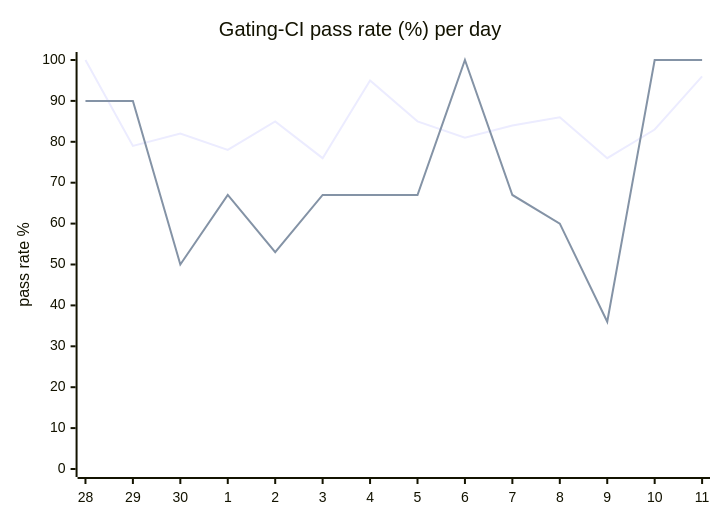
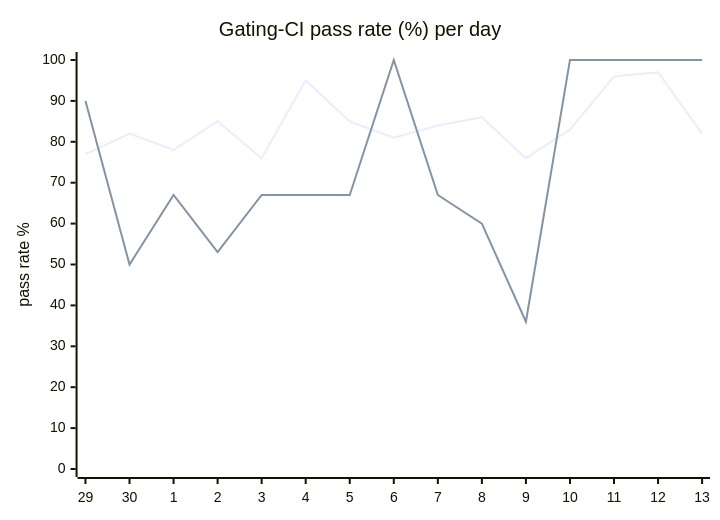
Before and after one commit to hatchet-dev/hatchet: the diagram in hack/ci/ci-dashboard/staging/issue.md, drawn with Mermaid. The commit also changed other lines of this file, not shown here.

````diff
--- a/hack/ci/ci-dashboard/staging/issue.md
+++ b/hack/ci/ci-dashboard/staging/issue.md
@@ -9,8 +9,8 @@
 ```mermaid
 xychart-beta
   title "Gating-CI pass rate (%) per day"
-  x-axis [28, 29, 30, 1, 2, 3, 4, 5, 6, 7, 8, 9, 10, 11]
+  x-axis [29, 30, 1, 2, 3, 4, 5, 6, 7, 8, 9, 10, 11, 12, 13]
   y-axis "pass rate %" 0 --> 100
-  line "CI" [100, 79, 82, 78, 85, 76, 95, 85, 81, 84, 86, 76, 83, 96]
-  line "main" [90, 90, 50, 67, 53, 67, 67, 67, 100, 67, 60, 36, 100, 100]
+  line "CI" [77, 82, 78, 85, 76, 95, 85, 81, 84, 86, 76, 83, 96, 97, 82]
+  line "main" [90, 50, 67, 53, 67, 67, 67, 100, 67, 60, 36, 100, 100, 100, 100]
 ```
````
